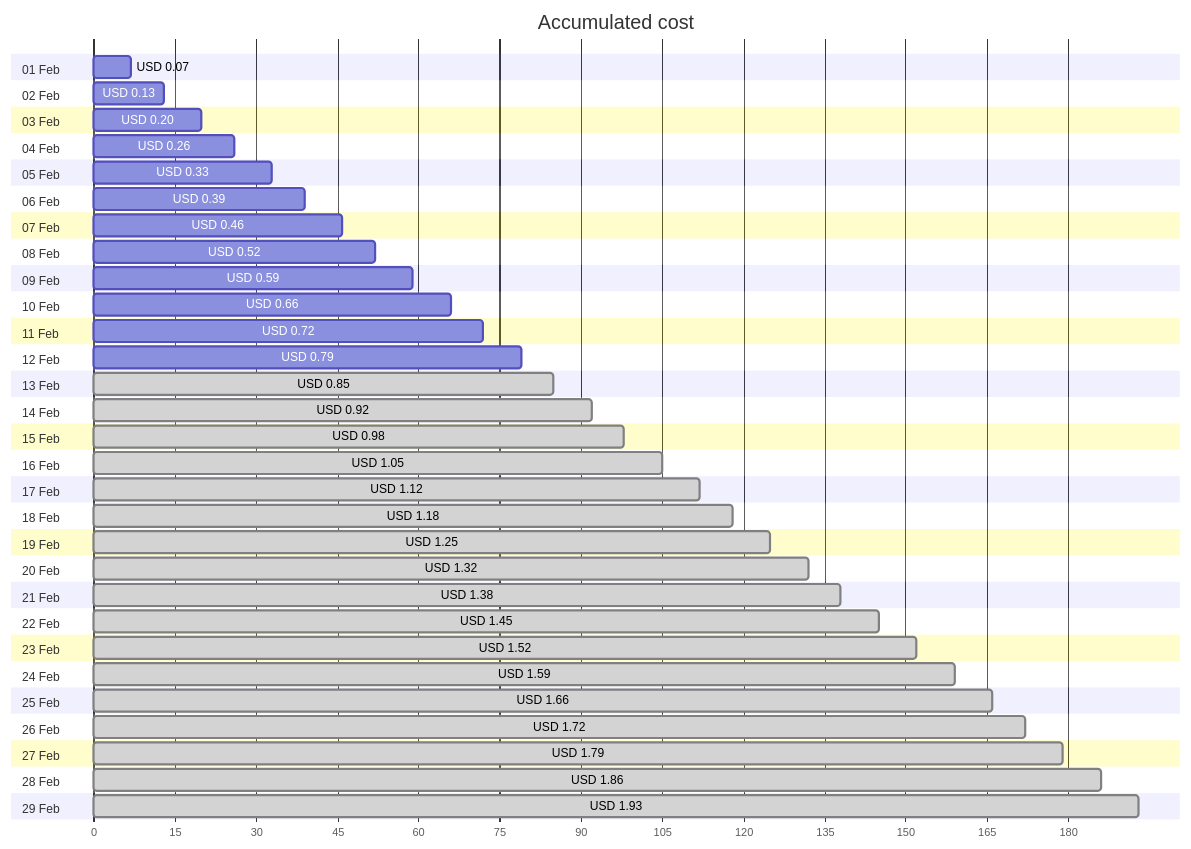
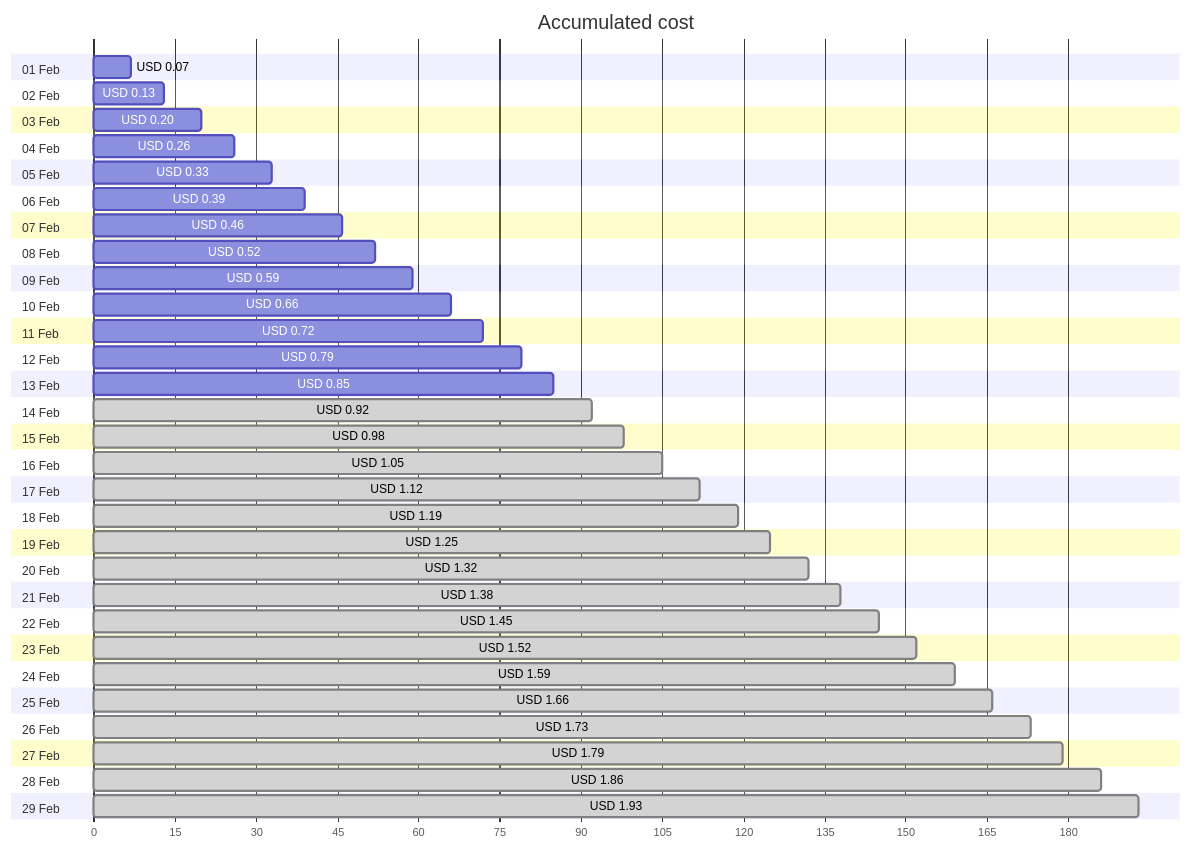
The first of 4 diagrams in cost-reports/personal-network/vpn-server_OsDisk.md (jpfulton/azure-personal-reports), drawn with Mermaid before and after one commit. The commit also changed other lines of this file and 8 other files, not shown here.

````diff
--- a/cost-reports/personal-network/vpn-server_OsDisk.md
+++ b/cost-reports/personal-network/vpn-server_OsDisk.md
@@ -20,64 +20,64 @@
 ```mermaid
 gantt
    title Accumulated cost
    dateFormat  X
    axisFormat %s
    section 01 Feb
    USD 0.07 :0, 7
    section 02 Feb
    USD 0.13 :0, 13
    section 03 Feb
    USD 0.20 :0, 20
    section 04 Feb
    USD 0.26 :0, 26
    section 05 Feb
    USD 0.33 :0, 33
    section 06 Feb
    USD 0.39 :0, 39
    section 07 Feb
    USD 0.46 :0, 46
    section 08 Feb
    USD 0.52 :0, 52
    section 09 Feb
    USD 0.59 :0, 59
    section 10 Feb
    USD 0.66 :0, 66
    section 11 Feb
    USD 0.72 :0, 72
    section 12 Feb
    USD 0.79 :0, 79
    section 13 Feb
-   USD 0.85 : done, 0, 85
+   USD 0.85 :0, 85
    section 14 Feb
    USD 0.92 : done, 0, 92
    section 15 Feb
    USD 0.98 : done, 0, 98
    section 16 Feb
    USD 1.05 : done, 0, 105
    section 17 Feb
    USD 1.12 : done, 0, 112
    section 18 Feb
-   USD 1.18 : done, 0, 118
+   USD 1.19 : done, 0, 119
    section 19 Feb
    USD 1.25 : done, 0, 125
    section 20 Feb
    USD 1.32 : done, 0, 132
    section 21 Feb
    USD 1.38 : done, 0, 138
    section 22 Feb
    USD 1.45 : done, 0, 145
    section 23 Feb
    USD 1.52 : done, 0, 152
    section 24 Feb
    USD 1.59 : done, 0, 159
    section 25 Feb
    USD 1.66 : done, 0, 166
    section 26 Feb
-   USD 1.72 : done, 0, 172
+   USD 1.73 : done, 0, 173
    section 27 Feb
    USD 1.79 : done, 0, 179
    section 28 Feb
    USD 1.86 : done, 0, 186
    section 29 Feb
    USD 1.93 : done, 0, 193
 ```
````
